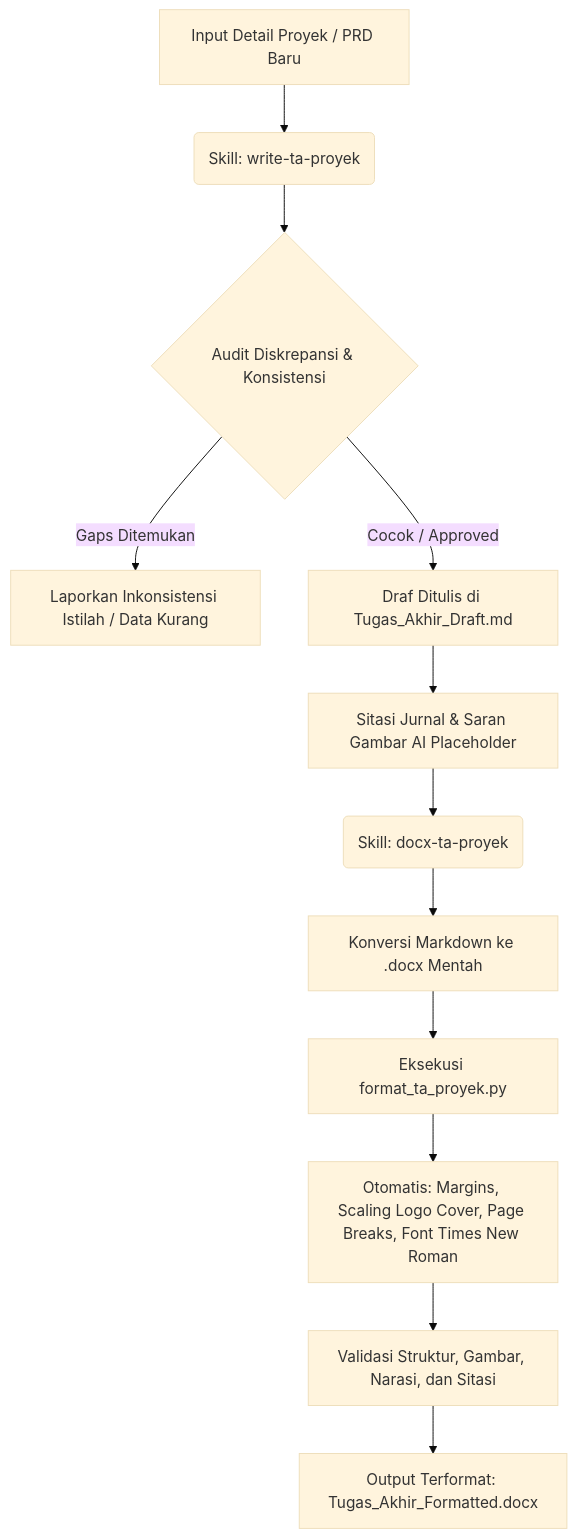
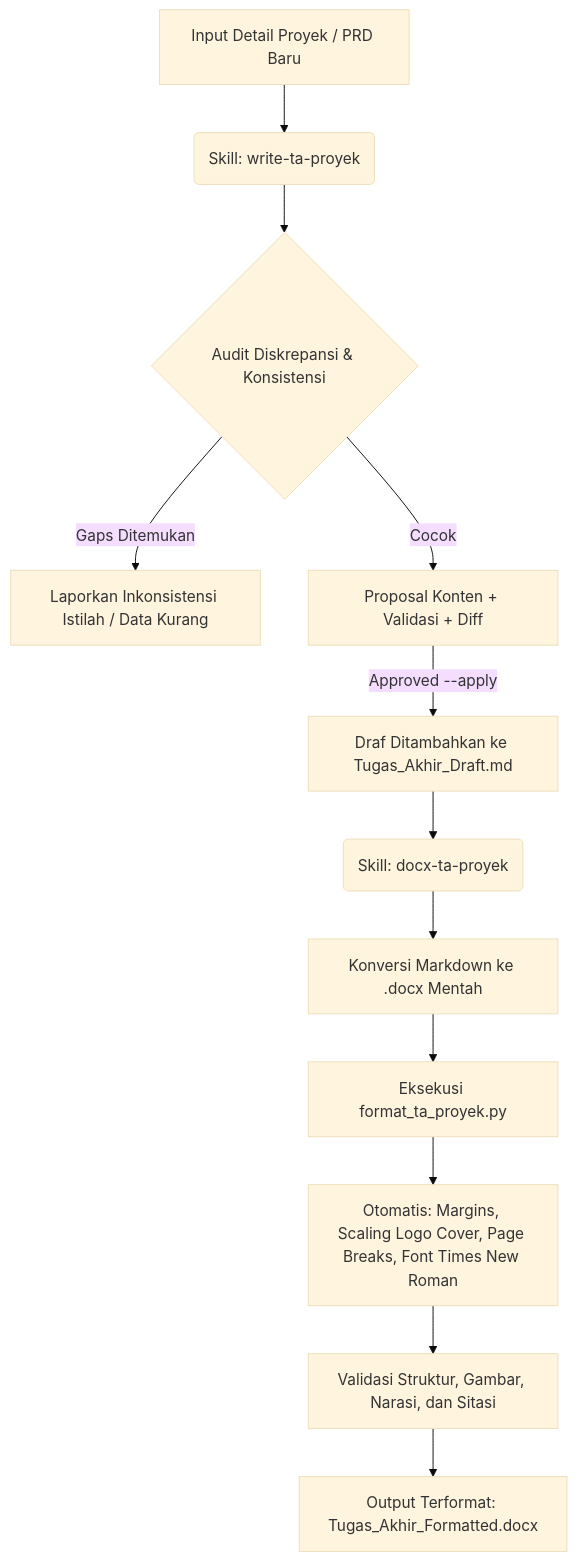
One commit to Jokskuyy/workflow-ta-proyek changed the diagram in README.md. Above: the diagram before and after it, drawn with Mermaid (base theme). The commit also changed other lines of this file and 33 other files, not shown here.

Commit message:
feat(pipeline): sync formatting generation and figure guards

````diff
--- a/README.md
+++ b/README.md
@@ -15,14 +15,14 @@
 ```mermaid
 graph TD
     A[Input Detail Proyek / PRD Baru] --> B(Skill: write-ta-proyek)
     B --> C{Audit Diskrepansi & Konsistensi}
     C -->|Gaps Ditemukan| D[Laporkan Inkonsistensi Istilah / Data Kurang]
-    C -->|Cocok / Approved| E[Draf Ditulis di Tugas_Akhir_Draft.md]
-    E --> F[Sitasi Jurnal & Saran Gambar AI Placeholder]
+    C -->|Cocok| E[Proposal Konten + Validasi + Diff]
+    E -->|Approved --apply| F[Draf Ditambahkan ke Tugas_Akhir_Draft.md]
     F --> G(Skill: docx-ta-proyek)
     G --> H[Konversi Markdown ke .docx Mentah]
     H --> I[Eksekusi format_ta_proyek.py]
     I --> J[Otomatis: Margins, Scaling Logo Cover, Page Breaks, Font Times New Roman]
     J --> K[Validasi Struktur, Gambar, Narasi, dan Sitasi]
     K --> L[Output Terformat: Tugas_Akhir_Formatted.docx]
 ```
````
